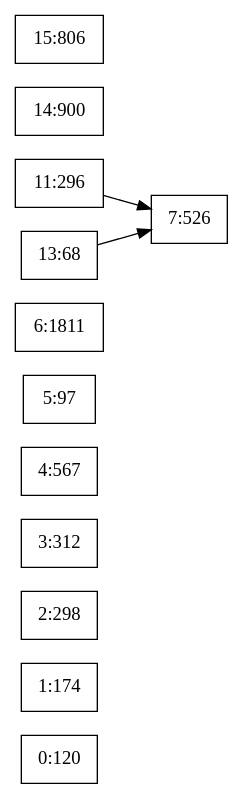
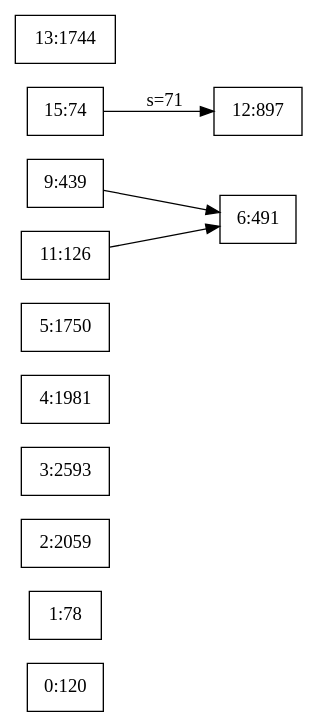
The diagram in graph/rm_after_update_2.dot (agongdai/peta), drawn with Graphviz before and after one commit. The commit also changed 41 other files, not shown here.

```diff
--- a/graph/rm_after_update_2.dot
+++ b/graph/rm_after_update_2.dot
@@ -1,17 +1,18 @@
 digraph g { 
 	rankdir = LR 
 	0 [shape=box, label="0:120"] 
-	1 [shape=box, label="1:174"] 
-	2 [shape=box, label="2:298"] 
-	3 [shape=box, label="3:312"] 
-	4 [shape=box, label="4:567"] 
-	5 [shape=box, label="5:97"] 
-	6 [shape=box, label="6:1811"] 
-	7 [shape=box, label="7:526"] 
-	11 [shape=box, label="11:296"] 
-	11 -> 7
-	13 [shape=box, label="13:68"] 
-	13 -> 7
-	14 [shape=box, label="14:900"] 
-	15 [shape=box, label="15:806"] 
+	1 [shape=box, label="1:78"] 
+	2 [shape=box, label="2:2059"] 
+	3 [shape=box, label="3:2593"] 
+	4 [shape=box, label="4:1981"] 
+	5 [shape=box, label="5:1750"] 
+	6 [shape=box, label="6:491"] 
+	9 [shape=box, label="9:439"] 
+	9 -> 6
+	11 [shape=box, label="11:126"] 
+	11 -> 6
+	12 [shape=box, label="12:897"] 
+	13 [shape=box, label="13:1744"] 
+	15 [shape=box, label="15:74"] 
+	15 -> 12 [label="s=71"] 
 } 
```
